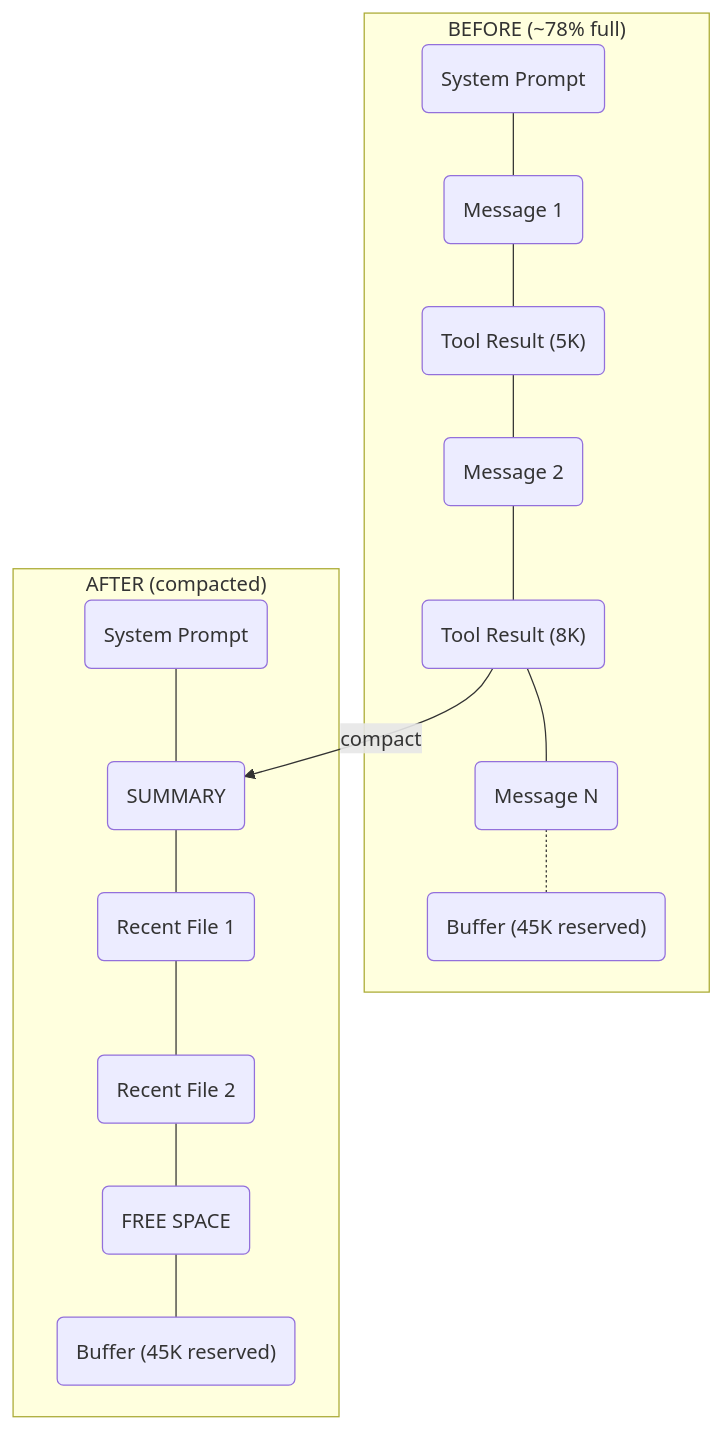
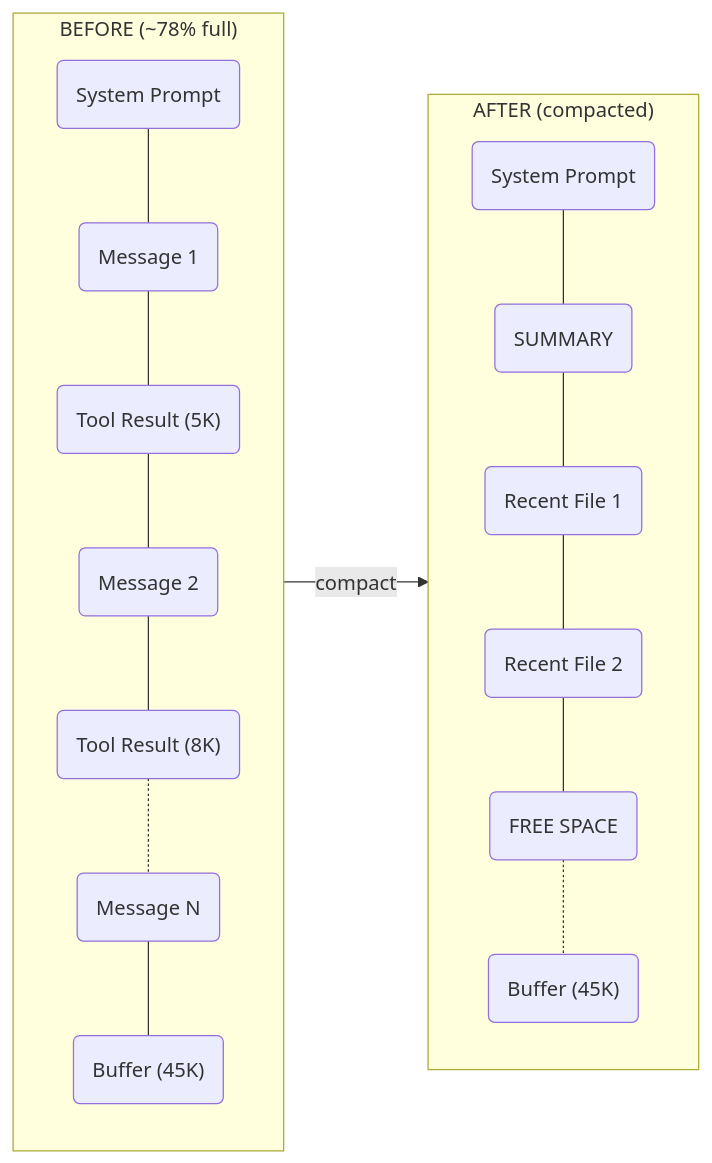
Before and after one commit to moona3k/excalidraw-to-mermaid: the first of 4 diagrams in README.md, drawn with Mermaid. The commit also changed other lines of this file and 4 other files, not shown here.

First line of the commit message:
Fix README examples to match Mermaid rendering layout

````diff
--- a/README.md
+++ b/README.md
@@ -17,32 +17,21 @@
 ```mermaid
-graph TD
-    subgraph frame_before["BEFORE (~78% full)"]
-        A(System Prompt)
-        B(Message 1)
-        C("Tool Result (5K)")
-        D(Message 2)
-        E("Tool Result (8K)")
-        F(Message N)
-        G("Buffer (45K reserved)")
+graph LR
+    subgraph before["BEFORE (~78% full)"]
+        direction TB
+        A(System Prompt) --- B(Message 1)
+        B --- C("Tool Result (5K)")
+        C --- D(Message 2)
+        D --- E("Tool Result (8K)")
+        E -.- F(Message N)
+        F --- G("Buffer (45K)")
     end
-    subgraph frame_after["AFTER (compacted)"]
-        H(System Prompt)
-        I(SUMMARY)
-        J(Recent File 1)
-        K(Recent File 2)
-        L(FREE SPACE)
-        M("Buffer (45K reserved)")
+    subgraph after["AFTER (compacted)"]
+        direction TB
+        H(System Prompt) --- I(SUMMARY)
+        I --- J(Recent File 1)
+        J --- K(Recent File 2)
+        K --- L(FREE SPACE)
+        L -.- M("Buffer (45K)")
     end
-    A --- B
-    B --- C
-    C --- D
-    D --- E
-    E --- F
-    F -.- G
-    H --- I
-    I --- J
-    J --- K
-    K --- L
-    L --- M
     E -->|compact| I
 ```
````
